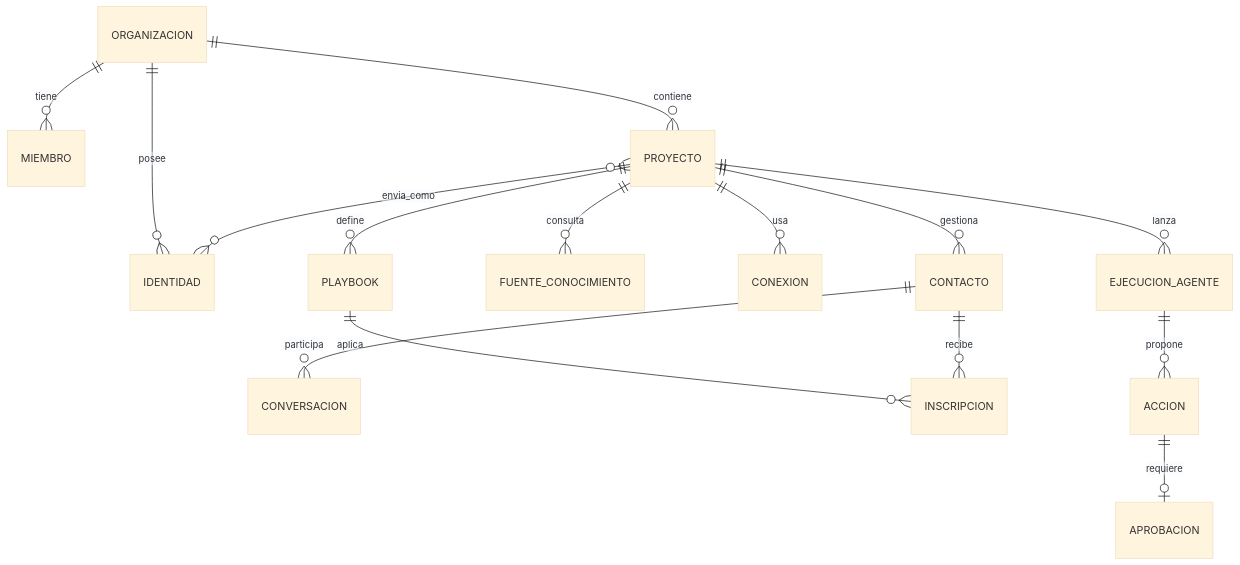
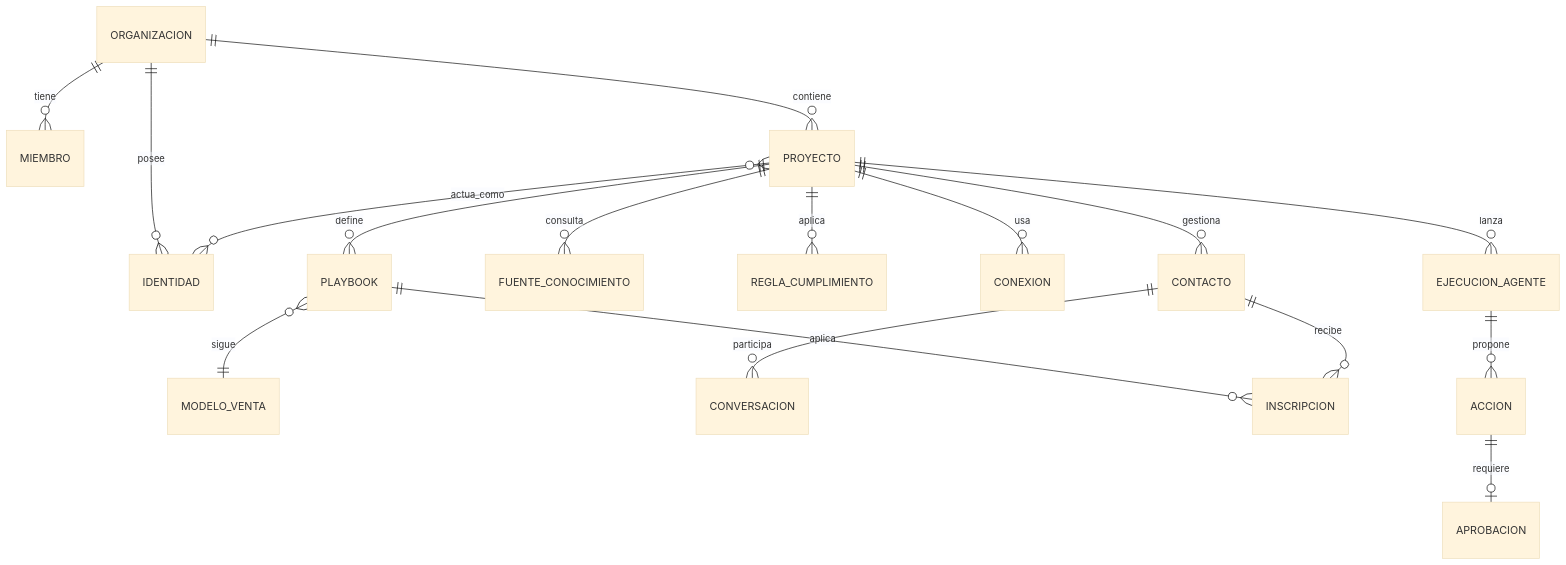
The fourth of 5 diagrams in docs/PLAN.md (fredibaques/salesmate), drawn with Mermaid (base theme) before and after one commit. The commit also changed other lines of this file and 1 other file, not shown here.

````diff
--- a/docs/PLAN.md
+++ b/docs/PLAN.md
@@ -425,17 +462,19 @@
 ```mermaid
 erDiagram
     ORGANIZACION ||--o{ MIEMBRO : tiene
     ORGANIZACION ||--o{ PROYECTO : contiene
     ORGANIZACION ||--o{ IDENTIDAD : posee
     PROYECTO ||--o{ PLAYBOOK : define
+    PLAYBOOK }o--|| MODELO_VENTA : sigue
     PROYECTO ||--o{ FUENTE_CONOCIMIENTO : consulta
+    PROYECTO ||--o{ REGLA_CUMPLIMIENTO : aplica
     PROYECTO ||--o{ CONEXION : usa
-    PROYECTO }o--o{ IDENTIDAD : envia_como
+    PROYECTO }o--o{ IDENTIDAD : actua_como
     PROYECTO ||--o{ CONTACTO : gestiona
     CONTACTO ||--o{ CONVERSACION : participa
     PLAYBOOK ||--o{ INSCRIPCION : aplica
     CONTACTO ||--o{ INSCRIPCION : recibe
     PROYECTO ||--o{ EJECUCION_AGENTE : lanza
     EJECUCION_AGENTE ||--o{ ACCION : propone
     ACCION ||--o| APROBACION : requiere
 ```
````
